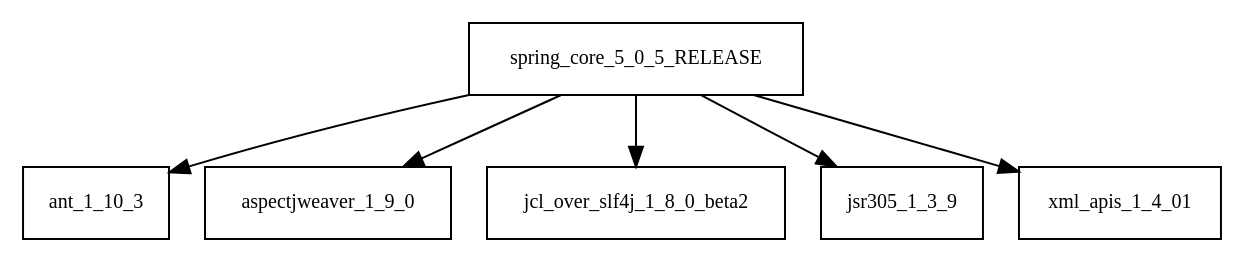
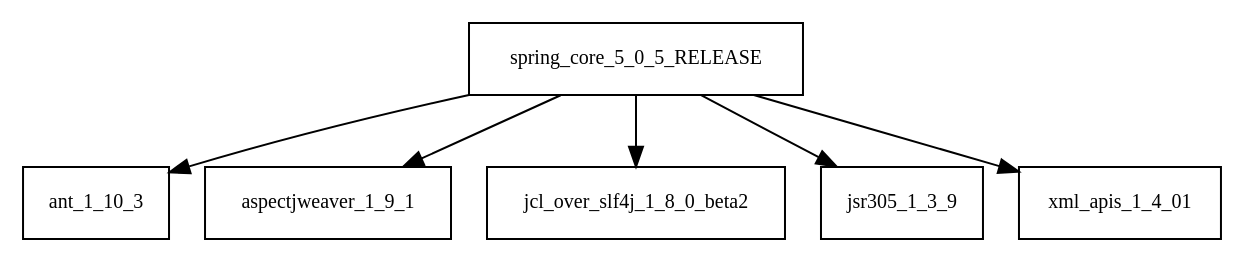
The diagram in tattleTaleReport/graphviz/spring-core-5.0.5.RELEASE.jar/spring-core-5.0.5.RELEASE.jar.dot (sjvs/cia), drawn with Graphviz before and after one commit. The commit also changed 1978 other files, not shown here.

```diff
--- a/tattleTaleReport/graphviz/spring-core-5.0.5.RELEASE.jar/spring-core-5.0.5.RELEASE.jar.dot
+++ b/tattleTaleReport/graphviz/spring-core-5.0.5.RELEASE.jar/spring-core-5.0.5.RELEASE.jar.dot
@@ -1,8 +1,8 @@
 digraph spring_core_5_0_5_RELEASE_dependencies {
   node [shape = box, fontsize=10.0];
   spring_core_5_0_5_RELEASE -> ant_1_10_3;
-  spring_core_5_0_5_RELEASE -> aspectjweaver_1_9_0;
+  spring_core_5_0_5_RELEASE -> aspectjweaver_1_9_1;
   spring_core_5_0_5_RELEASE -> jcl_over_slf4j_1_8_0_beta2;
   spring_core_5_0_5_RELEASE -> jsr305_1_3_9;
   spring_core_5_0_5_RELEASE -> xml_apis_1_4_01;
 }
```
